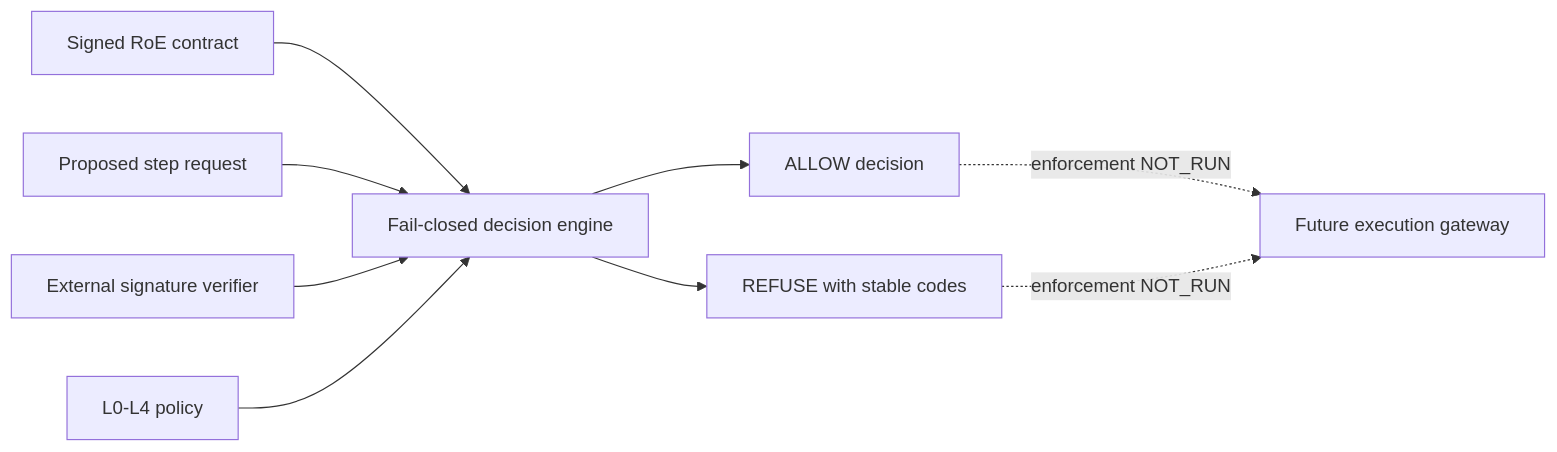
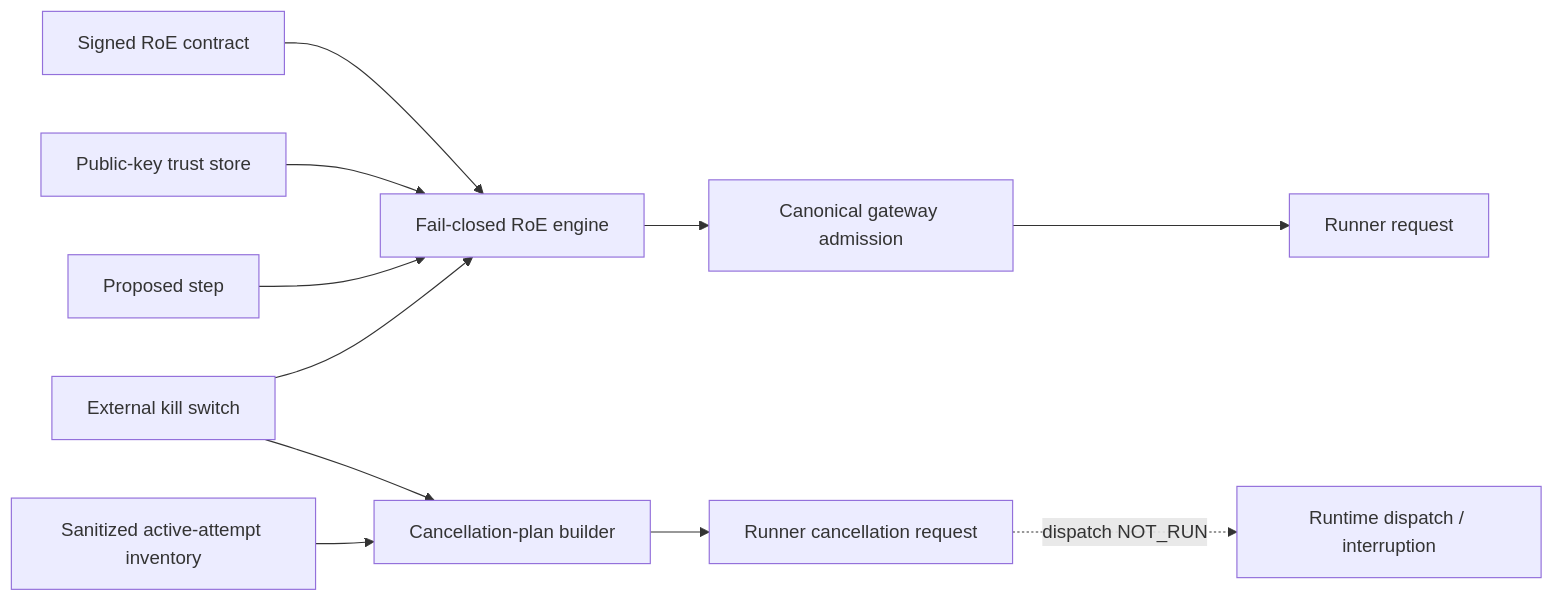
One commit to pestoura/hermes-security-labs changed the diagram in docs/roadmap/EPIC-28-roe-contract-candidate-as-built.md. Above: the diagram before and after it, drawn with Mermaid. The commit also changed other lines of this file, not shown here.

Commit message:
docs(svp2-a02): reconcile RoE as-built runtime boundaries

````diff
--- a/docs/roadmap/EPIC-28-roe-contract-candidate-as-built.md
+++ b/docs/roadmap/EPIC-28-roe-contract-candidate-as-built.md
@@ -35,20 +37,25 @@
 ```mermaid
 flowchart LR
   CONTRACT[Signed RoE contract]
-  REQUEST[Proposed step request]
-  VERIFIER[External signature verifier]
-  POLICY[L0-L4 policy]
-  ENGINE[Fail-closed decision engine]
-  ALLOW[ALLOW decision]
-  REFUSE[REFUSE with stable codes]
-  GATEWAY[Future execution gateway]
+  TRUST[Public-key trust store]
+  REQUEST[Proposed step]
+  KILL[External kill switch]
+  ENGINE[Fail-closed RoE engine]
+  GATEWAY[Canonical gateway admission]
+  RUNREQ[Runner request]
+  ACTIVE[Sanitized active-attempt inventory]
+  CANCEL[Cancellation-plan builder]
+  CANMSG[Runner cancellation request]
+  RUNTIME[Runtime dispatch / interruption]
 
   CONTRACT --> ENGINE
+  TRUST --> ENGINE
   REQUEST --> ENGINE
-  VERIFIER --> ENGINE
-  POLICY --> ENGINE
-  ENGINE --> ALLOW
-  ENGINE --> REFUSE
-  ALLOW -. enforcement NOT_RUN .-> GATEWAY
-  REFUSE -. enforcement NOT_RUN .-> GATEWAY
+  KILL --> ENGINE
+  ENGINE --> GATEWAY
+  GATEWAY --> RUNREQ
+  KILL --> CANCEL
+  ACTIVE --> CANCEL
+  CANCEL --> CANMSG
+  CANMSG -. dispatch NOT_RUN .-> RUNTIME
 ```
````
